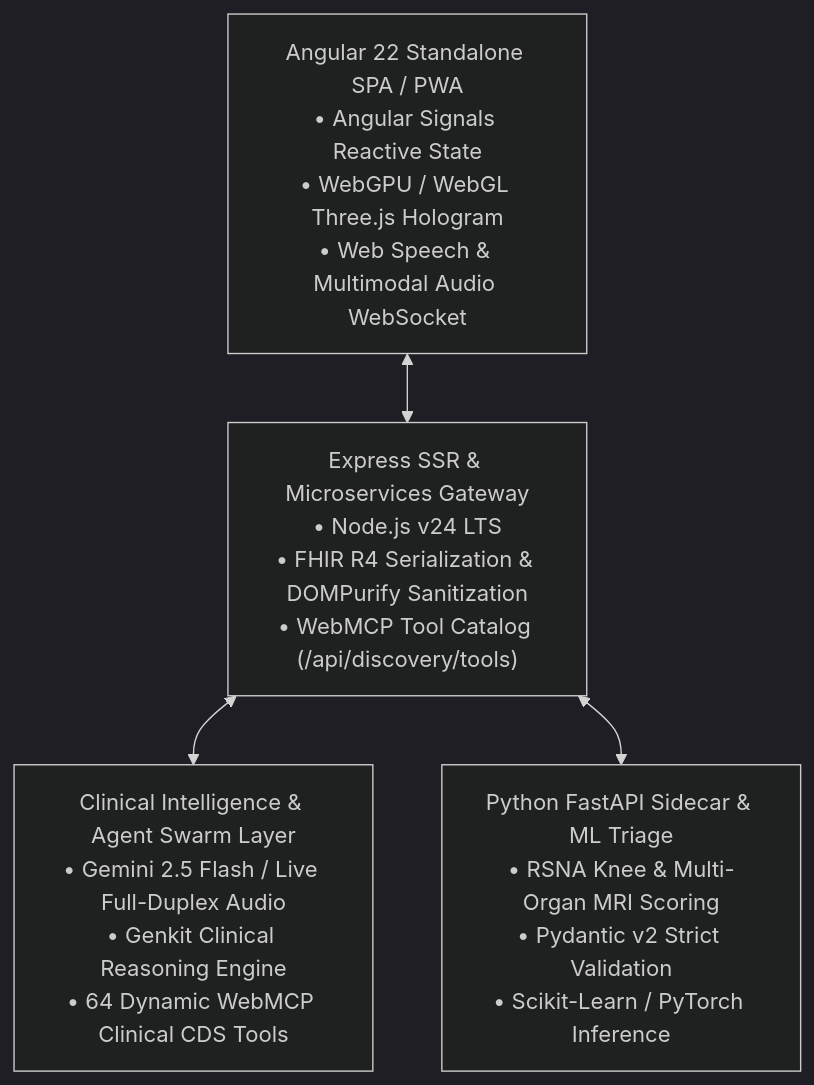
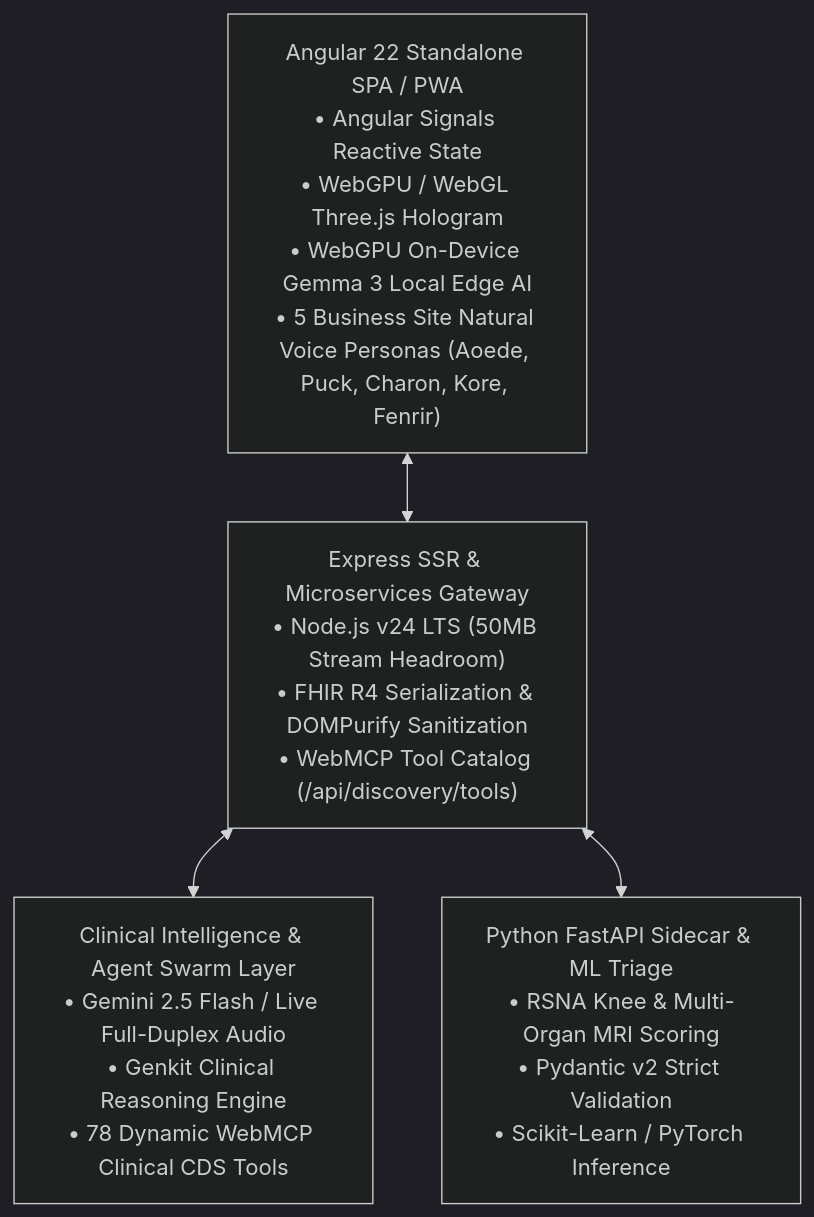
One commit to pocketgull-app/pocketgull changed the diagram in docs/overview.md. Above: the diagram before and after it, drawn with Mermaid (dark theme). The commit also changed other lines of this file and 538 other files, not shown here.

Commit message:
feat(release): bump v1.24.0, sanitize ots fonts and add voice personas

````diff
--- a/docs/overview.md
+++ b/docs/overview.md
@@ -10,14 +10,14 @@
 ```mermaid
 graph TD
-    CLIENT["Angular 22 Standalone SPA / PWA<br/>• Angular Signals Reactive State<br/>• WebGPU / WebGL Three.js Hologram<br/>• Web Speech & Multimodal Audio WebSocket"]
+    CLIENT["Angular 22 Standalone SPA / PWA<br/>• Angular Signals Reactive State<br/>• WebGPU / WebGL Three.js Hologram<br/>• WebGPU On-Device Gemma 3 Local Edge AI<br/>• 5 Business Site Natural Voice Personas (Aoede, Puck, Charon, Kore, Fenrir)"]
     
-    SERVER["Express SSR & Microservices Gateway<br/>• Node.js v24 LTS<br/>• FHIR R4 Serialization & DOMPurify Sanitization<br/>• WebMCP Tool Catalog (/api/discovery/tools)"]
+    SERVER["Express SSR & Microservices Gateway<br/>• Node.js v24 LTS (50MB Stream Headroom)<br/>• FHIR R4 Serialization & DOMPurify Sanitization<br/>• WebMCP Tool Catalog (/api/discovery/tools)"]
     
-    AI_LAYER["Clinical Intelligence & Agent Swarm Layer<br/>• Gemini 2.5 Flash / Live Full-Duplex Audio<br/>• Genkit Clinical Reasoning Engine<br/>• 64 Dynamic WebMCP Clinical CDS Tools"]
+    AI_LAYER["Clinical Intelligence & Agent Swarm Layer<br/>• Gemini 2.5 Flash / Live Full-Duplex Audio<br/>• Genkit Clinical Reasoning Engine<br/>• 78 Dynamic WebMCP Clinical CDS Tools"]
 
     SIDECAR["Python FastAPI Sidecar & ML Triage<br/>• RSNA Knee & Multi-Organ MRI Scoring<br/>• Pydantic v2 Strict Validation<br/>• Scikit-Learn / PyTorch Inference"]
 
     CLIENT <--> SERVER
     SERVER <--> AI_LAYER
     SERVER <--> SIDECAR
 ```
````
